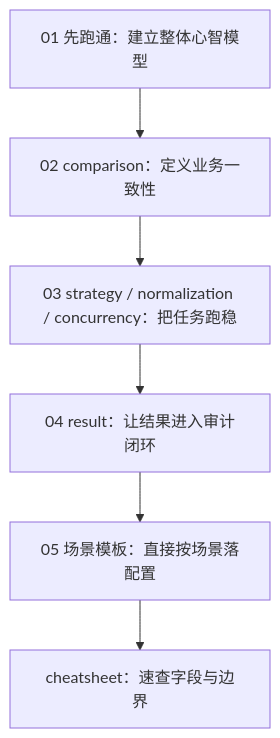
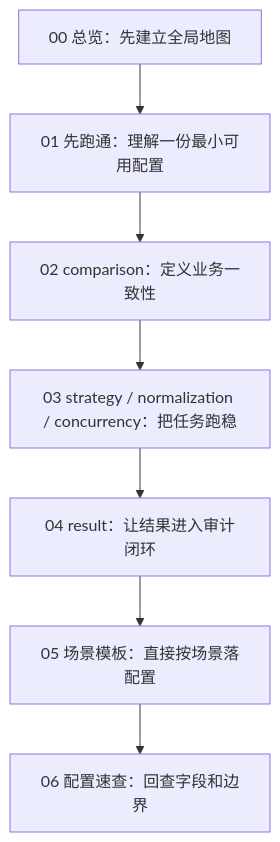
The diagram in website/配置讲解/00-配置讲解总览.md (xiaoyao0120/consilens), drawn with Mermaid before and after one commit. The commit also changed other lines of this file and 7 other files, not shown here.

````diff
--- a/website/配置讲解/00-配置讲解总览.md
+++ b/website/配置讲解/00-配置讲解总览.md
@@ -11,8 +42,9 @@
 ```mermaid
 flowchart TD
-    A["01 先跑通：建立整体心智模型"] --> B["02 comparison：定义业务一致性"]
-    B --> C["03 strategy / normalization / concurrency：把任务跑稳"]
-    C --> D["04 result：让结果进入审计闭环"]
-    D --> E["05 场景模板：直接按场景落配置"]
-    E --> F["cheatsheet：速查字段与边界"]
+    A["00 总览：先建立全局地图"] --> B["01 先跑通：理解一份最小可用配置"]
+    B --> C["02 comparison：定义业务一致性"]
+    C --> D["03 strategy / normalization / concurrency：把任务跑稳"]
+    D --> E["04 result：让结果进入审计闭环"]
+    E --> F["05 场景模板：直接按场景落配置"]
+    F --> G["06 配置速查：回查字段和边界"]
 ```
````
